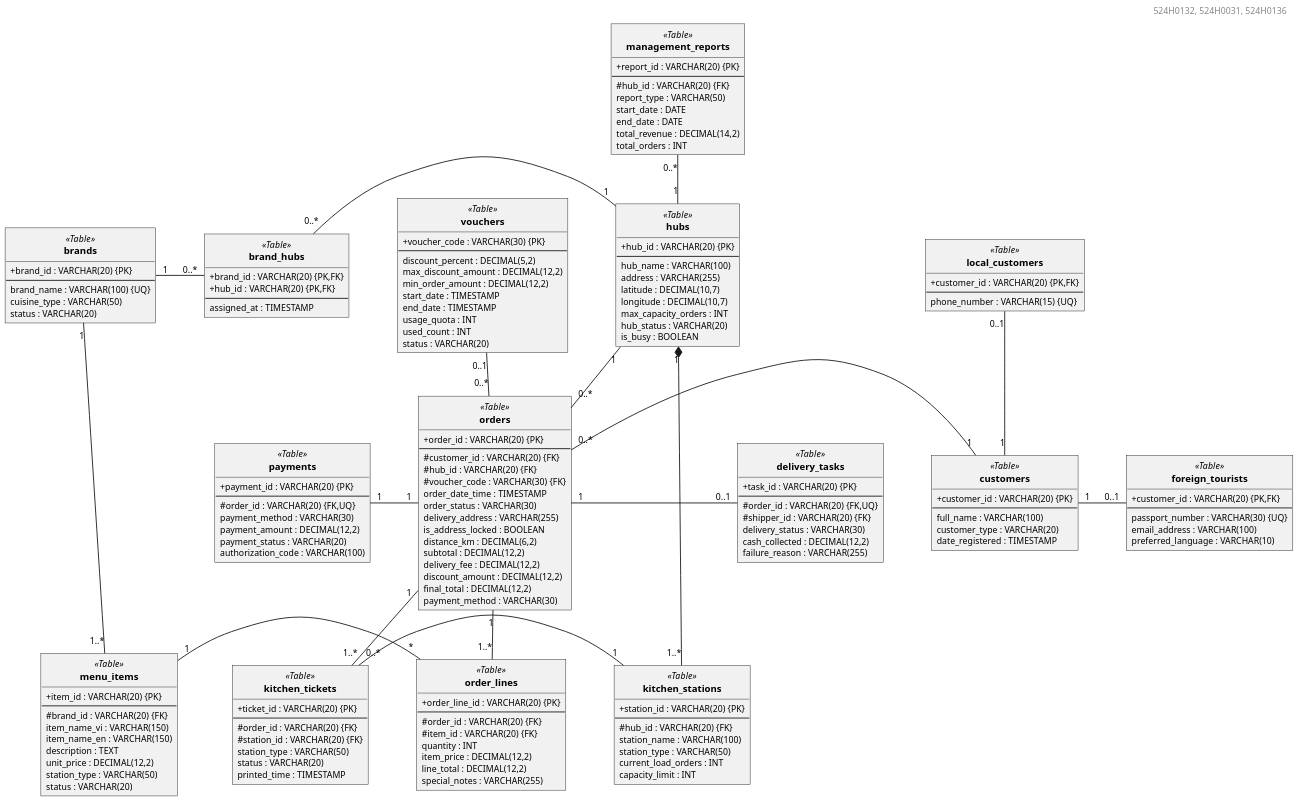
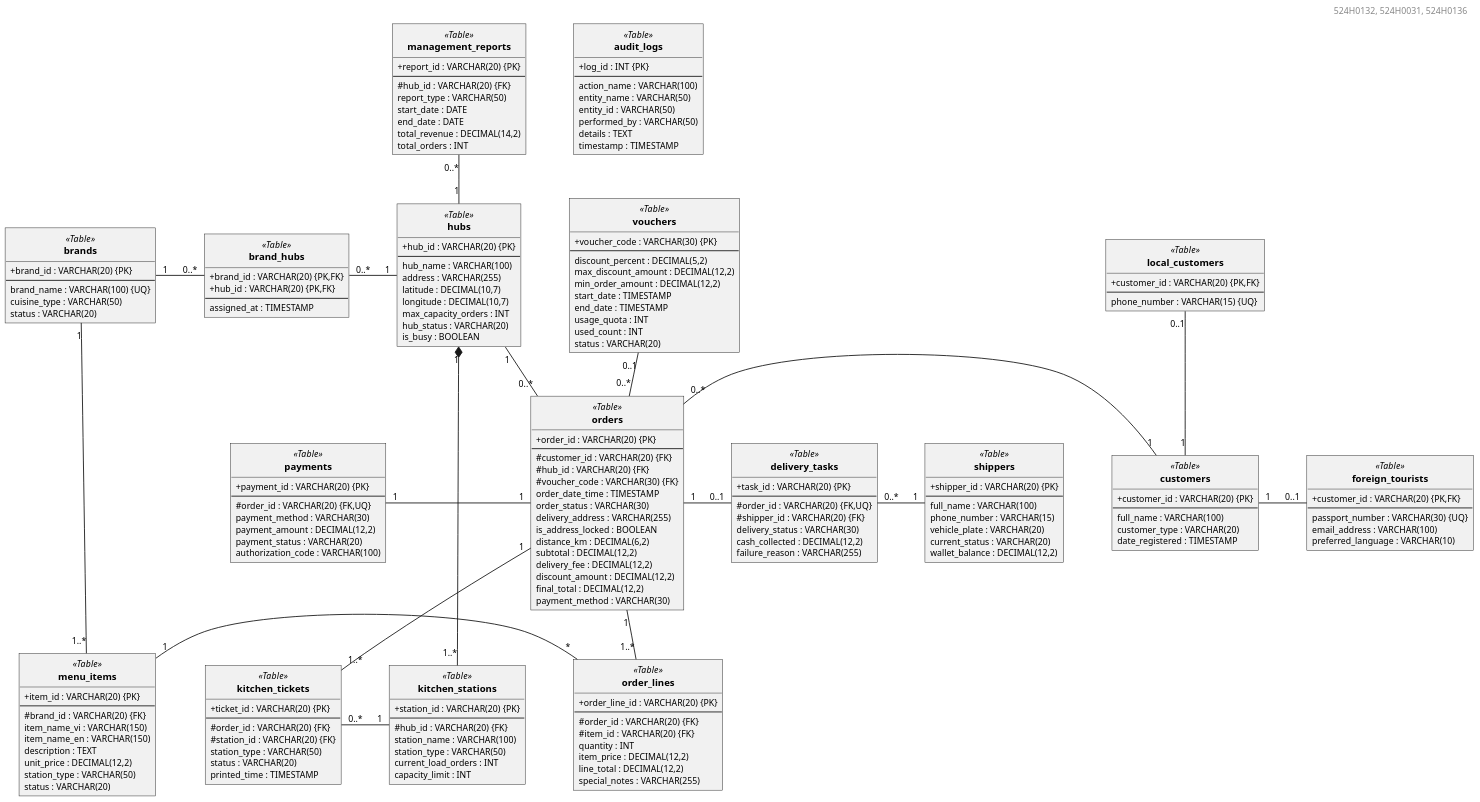
One commit to DoQuocTrung06/SaigonBite-RAD-TeamF10 changed the diagram in Part_3/models/Figure_4_1_Database_Mapping_ERD.puml. Above: the diagram before and after it, drawn with PlantUML. The commit also changed 8 other files, not shown here.

Commit message:
fix(part3): finalize Subsystem DCD, 17-table ERD, UC16 sequence, Appendix 3.7 & Slide 1 title (524H0031)

```diff
--- a/Part_3/models/Figure_4_1_Database_Mapping_ERD.puml
+++ b/Part_3/models/Figure_4_1_Database_Mapping_ERD.puml
@@ -149,6 +149,16 @@
   authorization_code : VARCHAR(100)
 }
 
+class "shippers" as shippers <<Table>> {
+  + shipper_id : VARCHAR(20) {PK}
+  --
+  full_name : VARCHAR(100)
+  phone_number : VARCHAR(15)
+  vehicle_plate : VARCHAR(20)
+  current_status : VARCHAR(20)
+  wallet_balance : DECIMAL(12,2)
+}
+
 class "delivery_tasks" as tasks <<Table>> {
   + task_id : VARCHAR(20) {PK}
   --
@@ -170,6 +180,17 @@
   total_orders : INT
 }
 
+class "audit_logs" as audit_logs <<Table>> {
+  + log_id : INT {PK}
+  --
+  action_name : VARCHAR(100)
+  entity_name : VARCHAR(50)
+  entity_id : VARCHAR(50)
+  performed_by : VARCHAR(50)
+  details : TEXT
+  timestamp : TIMESTAMP
+}
+
 hubs "1" -up- "0..*" reports
 hubs "1" *-- "1..*" stations
 hubs "1" -left- "0..*" brand_hubs
@@ -185,6 +206,7 @@
 
 orders "1" -left- "1" payments
 orders "1" -right- "0..1" tasks
+shippers "1" -left- "0..*" tasks
 orders "1" -down- "1..*" lines
 orders "1" -down- "1..*" tickets
 lines "*" -left- "1" items
```
